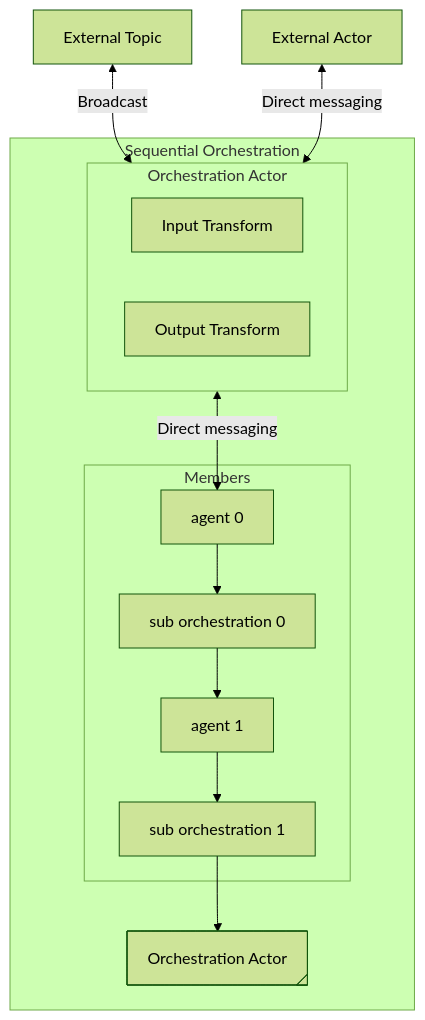
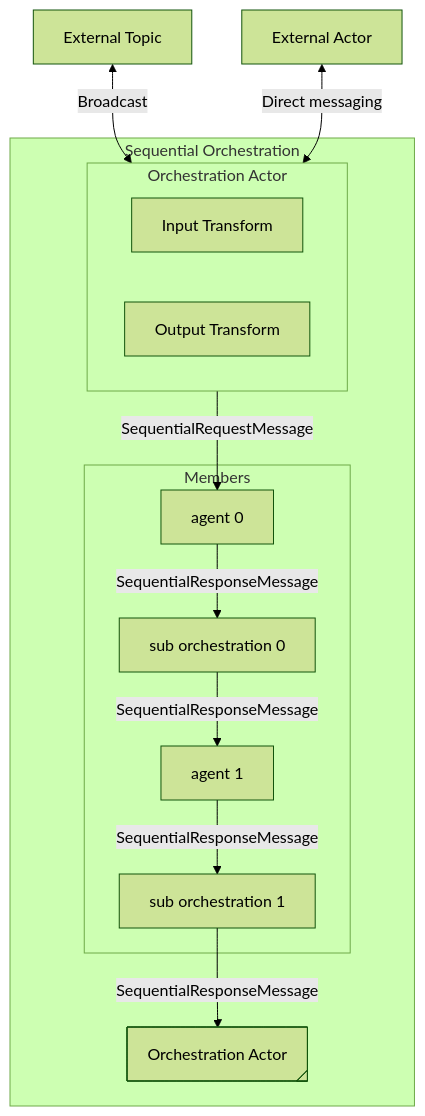
The fifth of 6 diagrams in docs/decisions/00xx-multi-agent-orchestration.md (microsoft/semantic-kernel), drawn with Mermaid (forest theme) before and after one commit. The commit also changed other lines of this file, not shown here.

````diff
--- a/docs/decisions/00xx-multi-agent-orchestration.md
+++ b/docs/decisions/00xx-multi-agent-orchestration.md
@@ -602,32 +660,32 @@
 ```mermaid
 graph TD
   %% External
   EXT_Topic[External Topic]
   EXT_Actor[External Actor]
 
   %% Outer Block
   subgraph Sequential Orchestration
     subgraph OA0[Orchestration Actor]
       InputTransform[Input Transform]
       OutputTransform[Output Transform]
     end
 
     subgraph Members[Members]
       AG0[agent 0]
       SO0[sub orchestration 0]
       AG1[agent 1]
       SO1[sub orchestration 1]
     end
 
     OA1@{ shape: tag-rect, label: "Orchestration Actor" }
   end
 
   %% Connections
   EXT_Topic <--> |Broadcast| OA0
   EXT_Actor <--> |Direct messaging| OA0
-  OA0 <--> |Direct messaging| AG0
-  AG0 --> SO0
-  SO0 --> AG1
-  AG1 --> SO1
-  SO1 --> OA1
+  OA0 --> |SequentialRequestMessage| AG0
+  AG0 --> |SequentialResponseMessage| SO0
+  SO0 --> |SequentialResponseMessage| AG1
+  AG1 --> |SequentialResponseMessage| SO1
+  SO1 --> |SequentialResponseMessage| OA1
 ```
````
